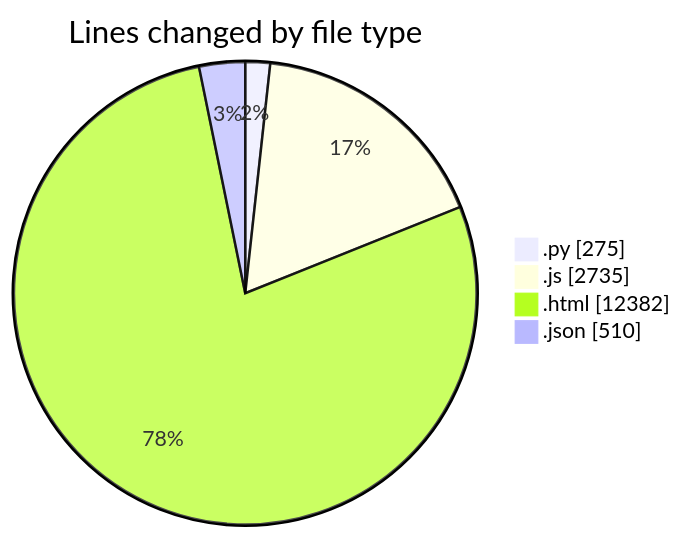
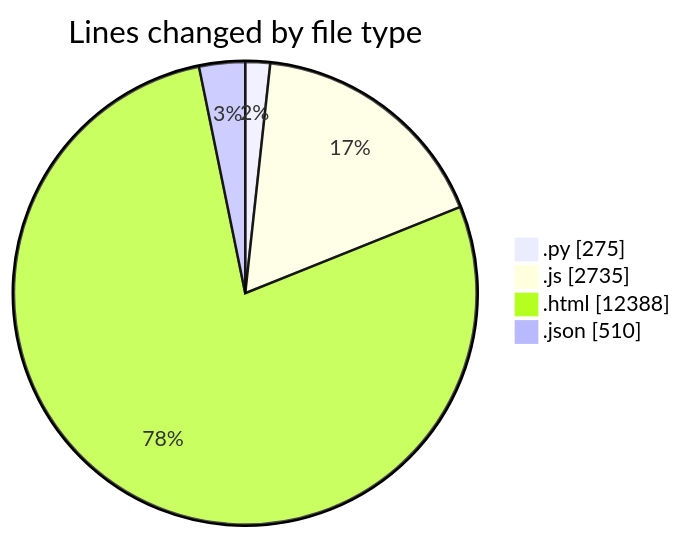
Before and after one commit to shibass792/code-tracking: the first of 2 diagrams in 2026-07-09/twenty_versions_aminor/README.md, drawn with Mermaid. The commit also changed other lines of this file and 1 other file, not shown here.

````diff
--- a/2026-07-09/twenty_versions_aminor/README.md
+++ b/2026-07-09/twenty_versions_aminor/README.md
@@ -41,8 +41,8 @@
 ```mermaid
 pie showData
 title Lines changed by file type
 ".py" : 275
 ".js" : 2735
-".html" : 12382
+".html" : 12388
 ".json" : 510
 ```
````
